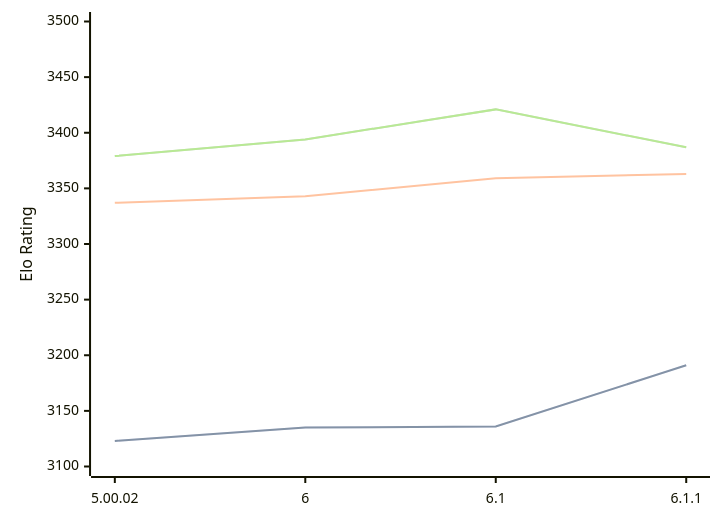
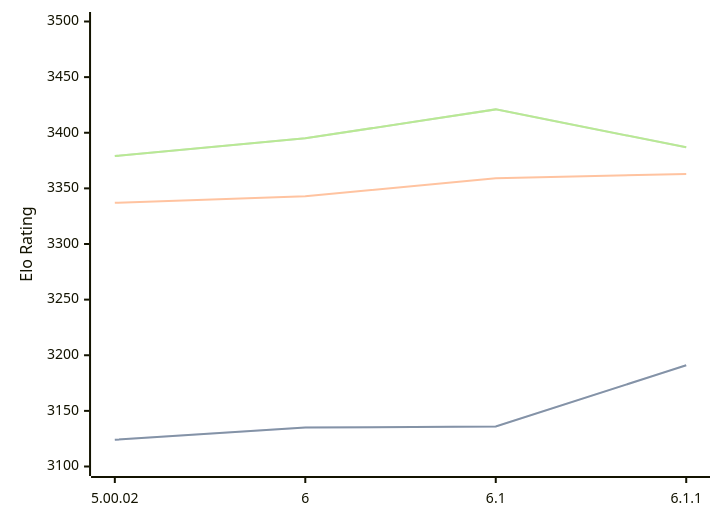
The first of 3 diagrams in engines/Zangdar.md (computer-chess-index/cci), drawn with Mermaid before and after one commit. The commit also changed other lines of this file, not shown here.

Commit message:
Update CCI Ratings (ELO VLTC) - 2026-07-08

````diff
--- a/engines/Zangdar.md
+++ b/engines/Zangdar.md
@@ -46,11 +46,11 @@
 ```mermaid
 %%{init: {"theme":"base","themeVariables":{"seriesColors:['#a3a3a3','#222221','#faa371']}}}%%
 xychart-beta
   x-axis ["5.00.02", "6", "6.1", "6.1.1"]
   y-axis "Elo Rating" 3100 --> 3500
-  line "STC (8.0+0.08s)" [3123, 3135, 3136, 3191]
-  line "STC (8.0+0.08s)" [3123, 3135, 3136, 3191]
+  line "STC (8.0+0.08s)" [3124, 3135, 3136, 3191]
+  line "STC (8.0+0.08s)" [3124, 3135, 3136, 3191]
   line "LTC (60.0+0.60s)" [3337, 3343, 3359, 3363]
-  line "VLTC (2m24s+1.12s)" [3379, 3394, 3421, 3387]
-  line "VLTC (2m24s+1.12s)" [3379, 3394, 3421, 3387]
+  line "VLTC (2m24s+1.12s)" [3379, 3395, 3421, 3387]
+  line "VLTC (2m24s+1.12s)" [3379, 3395, 3421, 3387]
 ```
````
